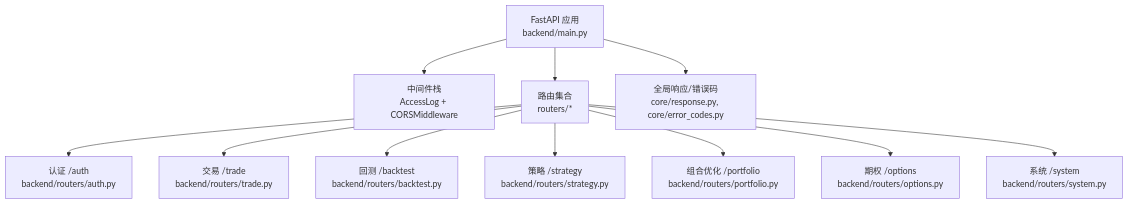
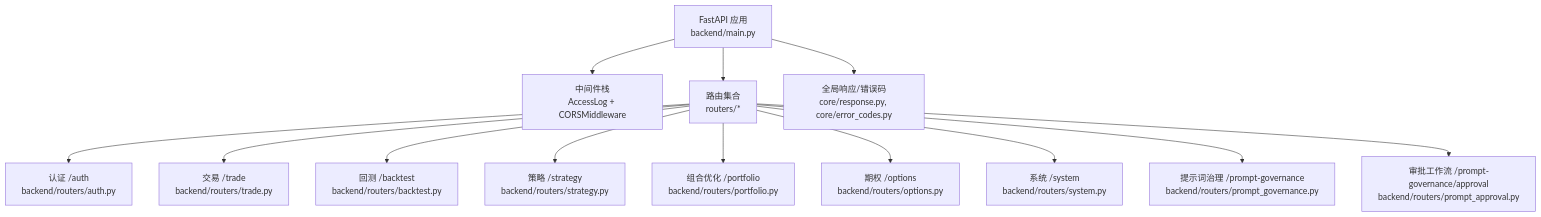
One commit to songlinhe5-lab/quant_agent changed the first of 3 diagrams in .qoder/repowiki/zh/content/API接口参考/RESTful API接口/RESTful API接口.md. Above: the diagram before and after it, drawn with Mermaid. The commit also changed other lines of this file and 294 other files, not shown here.

````diff
--- a/.qoder/repowiki/zh/content/API接口参考/RESTful API接口/RESTful API接口.md
+++ b/.qoder/repowiki/zh/content/API接口参考/RESTful API接口/RESTful API接口.md
@@ -37,13 +50,15 @@
 ```mermaid
 graph TB
 A["FastAPI 应用<br/>backend/main.py"] --> B["中间件栈<br/>AccessLog + CORSMiddleware"]
 A --> C["路由集合<br/>routers/*"]
 C --> C1["认证 /auth<br/>backend/routers/auth.py"]
 C --> C2["交易 /trade<br/>backend/routers/trade.py"]
 C --> C3["回测 /backtest<br/>backend/routers/backtest.py"]
 C --> C4["策略 /strategy<br/>backend/routers/strategy.py"]
 C --> C5["组合优化 /portfolio<br/>backend/routers/portfolio.py"]
 C --> C6["期权 /options<br/>backend/routers/options.py"]
 C --> C7["系统 /system<br/>backend/routers/system.py"]
+C --> C8["提示词治理 /prompt-governance<br/>backend/routers/prompt_governance.py"]
+C --> C9["审批工作流 /prompt-governance/approval<br/>backend/routers/prompt_approval.py"]
 A --> D["全局响应/错误码<br/>core/response.py, core/error_codes.py"]
 ```
````
